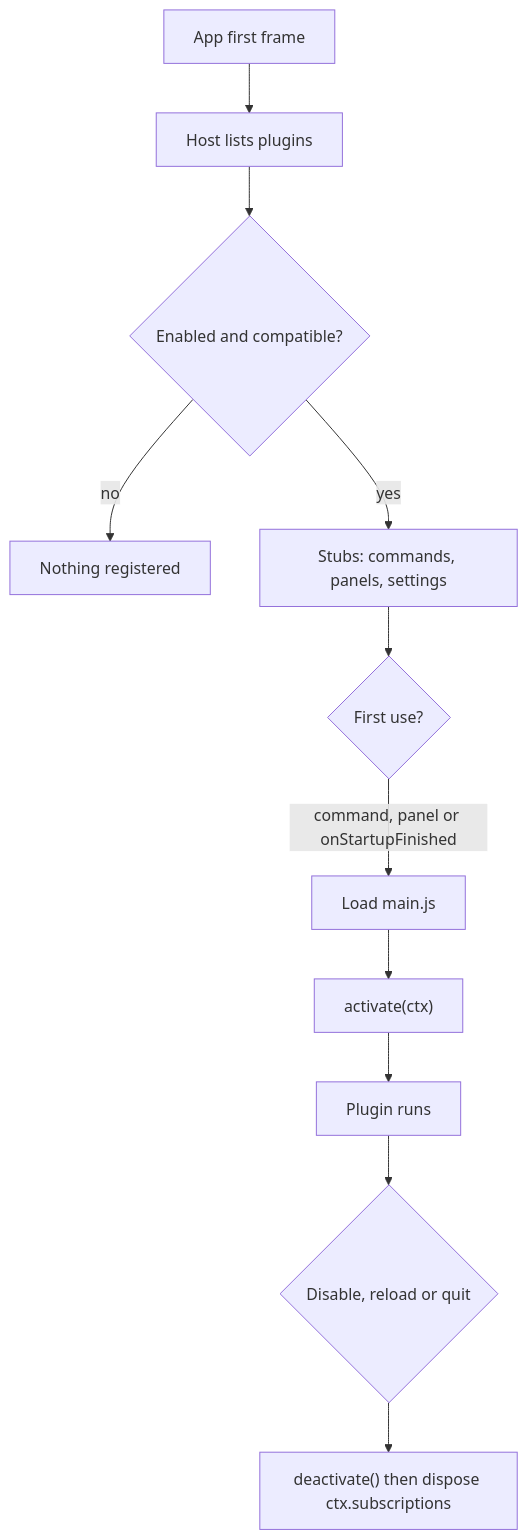
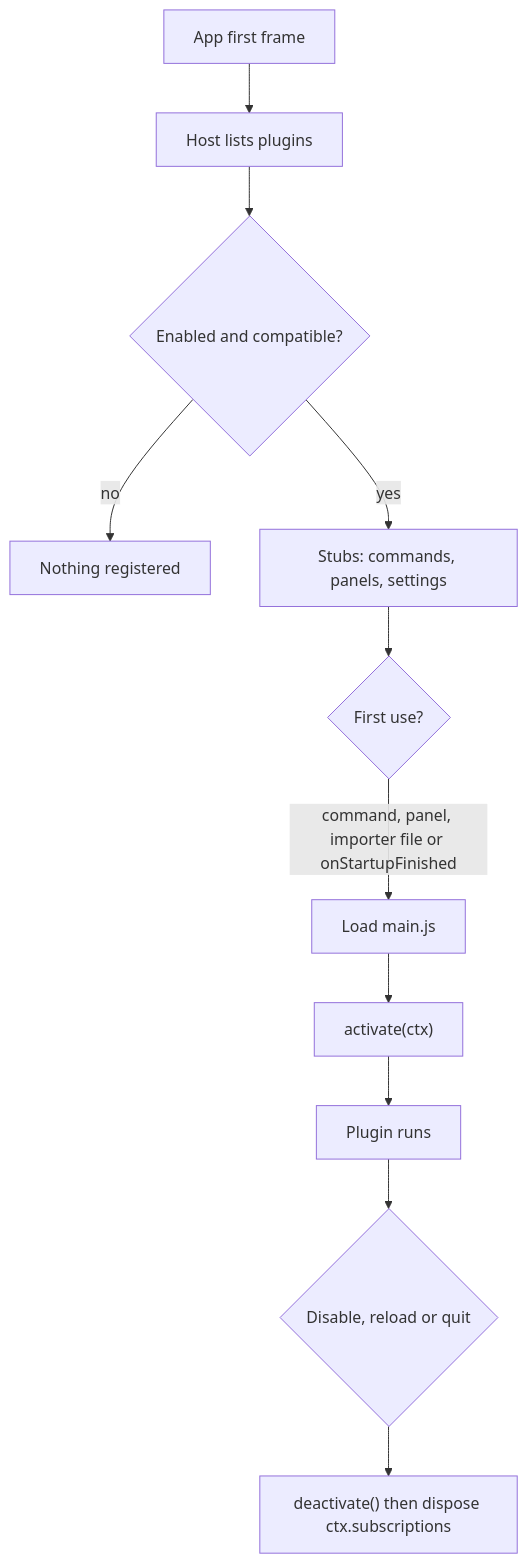
The diagram in sdk/docs/reference.md (Vaultdraw/beltio), drawn with Mermaid before and after one commit. The commit also changed other lines of this file and 4 other files, not shown here.

````diff
--- a/sdk/docs/reference.md
+++ b/sdk/docs/reference.md
@@ -45,13 +45,13 @@
 ```mermaid
 flowchart TD
   A[App first frame] --> B[Host lists plugins]
   B --> C{Enabled and compatible?}
   C -- no --> X[Nothing registered]
   C -- yes --> D[Stubs: commands, panels, settings]
   D --> E{First use?}
-  E -- "command, panel or onStartupFinished" --> F[Load main.js]
+  E -- "command, panel, importer file or onStartupFinished" --> F[Load main.js]
   F --> G["activate(ctx)"]
   G --> H[Plugin runs]
   H --> I{"Disable, reload or quit"}
   I --> J["deactivate() then dispose ctx.subscriptions"]
 ```
````
